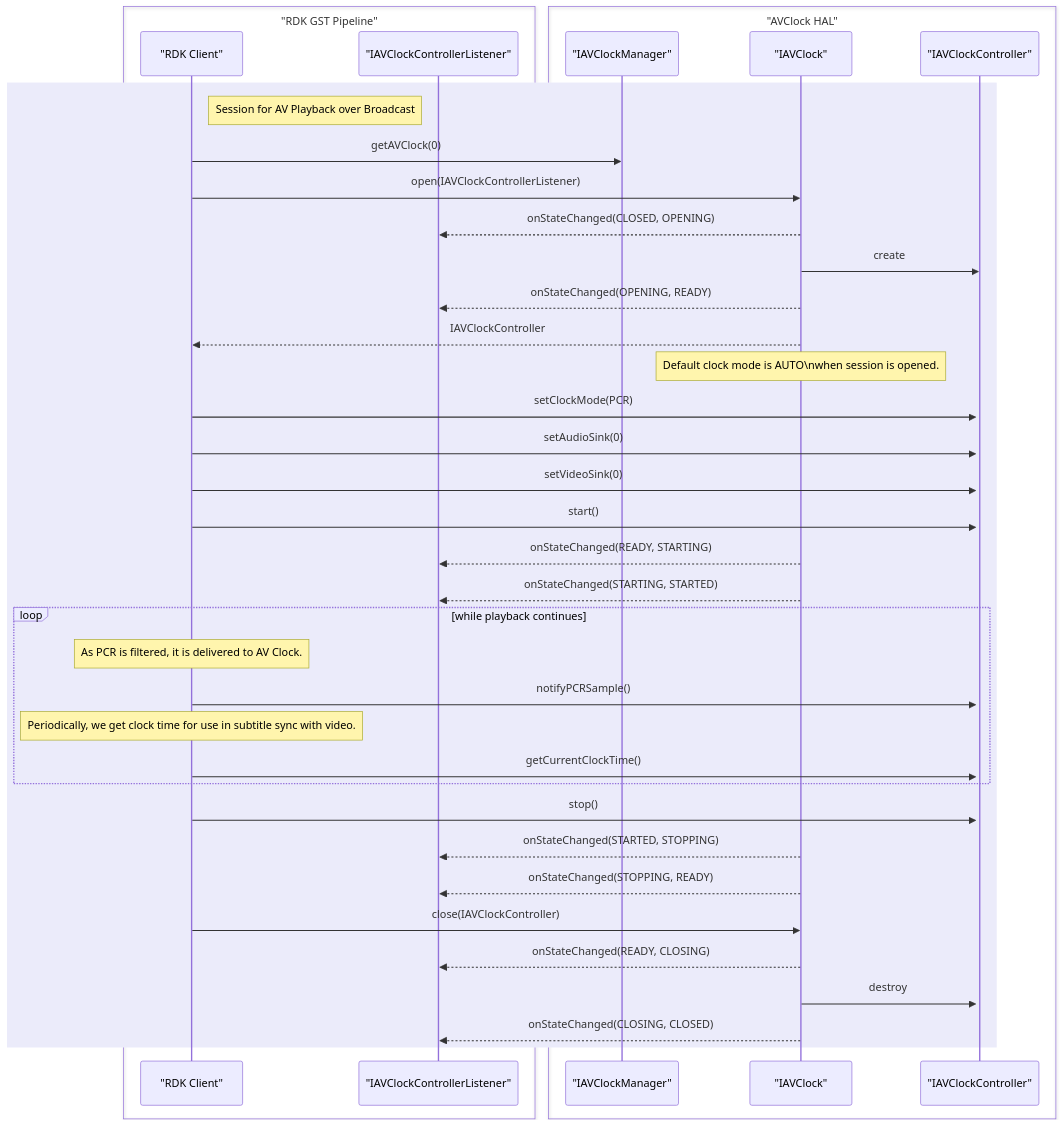
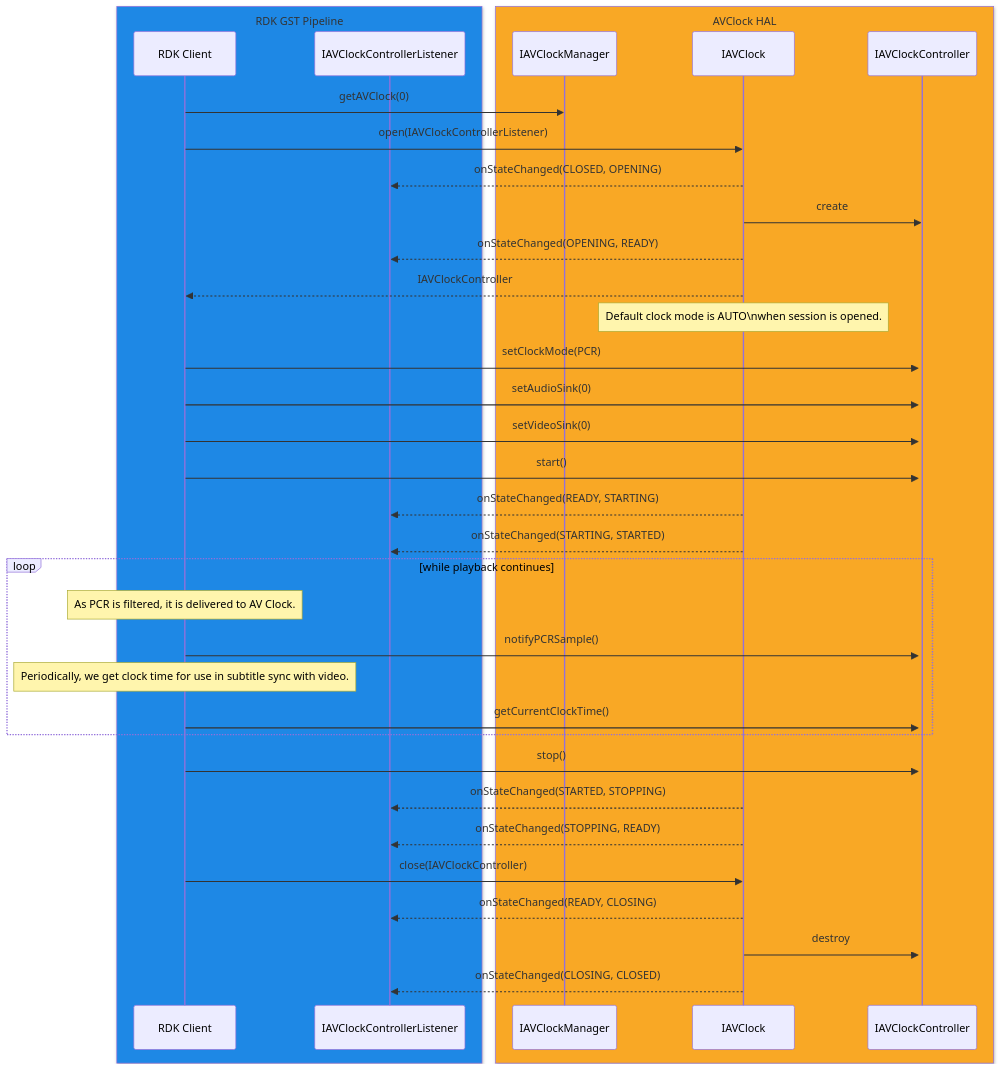
Before and after one commit to rdkcentral/rdk-halif-aidl: the sixth of 8 diagrams in docs/halif/av_clock/current/av_clock.md, drawn with Mermaid. The commit also changed other lines of this file and 27 other files, not shown here.

Commit message:
updated #19 audio, video, service manager, av, clock

````diff
--- a/docs/halif/av_clock/current/av_clock.md
+++ b/docs/halif/av_clock/current/av_clock.md
@@ -345,43 +453,40 @@
 ```mermaid
 sequenceDiagram
-    box "RDK GST Pipeline"
-      participant Client as "RDK Client"
-      participant Listener as "IAVClockControllerListener"
+    box rgb(30,136,229) RDK GST Pipeline
+      participant Client as RDK Client
+      participant Listener as IAVClockControllerListener
     end
-    box "AVClock HAL" #lightgreen
-      participant CLKMAN as "IAVClockManager"
-      participant CLK as "IAVClock"
-      participant CTRL as "IAVClockController"
+    box rgb(249,168,37) AVClock HAL
+      participant CLKMAN as IAVClockManager
+      participant CLK as IAVClock
+      participant CTRL as IAVClockController
     end
 
-    rect rgb(235, 235, 250)
-    note right of Client: Session for AV Playback over Broadcast
-      Client->>CLKMAN: getAVClock(0)
-      Client->>CLK: open(IAVClockControllerListener)
-      CLK-->>Listener: onStateChanged(CLOSED, OPENING)
-      CLK->>CTRL: create
-      activate CTRL
-      CLK-->>Listener: onStateChanged(OPENING, READY)
-      CLK-->>Client: IAVClockController
-      note over CLK: Default clock mode is AUTO\nwhen session is opened.
-      Client->>CTRL: setClockMode(PCR)
-      Client->>CTRL: setAudioSink(0)
-      Client->>CTRL: setVideoSink(0)
-      Client->>CTRL: start()
-      CLK-->>Listener: onStateChanged(READY, STARTING)
-      CLK-->>Listener: onStateChanged(STARTING, STARTED)
-      loop while playback continues
-        note over Client: As PCR is filtered, it is delivered to AV Clock.
-        Client->>CTRL: notifyPCRSample()
-        note over Client: Periodically, we get clock time for use in subtitle sync with video.
-        Client->>CTRL: getCurrentClockTime()
-      end
-      Client->>CTRL: stop()
-      CLK-->>Listener: onStateChanged(STARTED, STOPPING)
-      CLK-->>Listener: onStateChanged(STOPPING, READY)
-      Client->>CLK: close(IAVClockController)
-      CLK-->>Listener: onStateChanged(READY, CLOSING)
-      CLK->>CTRL: destroy
-      CLK-->>Listener: onStateChanged(CLOSING, CLOSED)
+    Client->>CLKMAN: getAVClock(0)
+    Client->>CLK: open(IAVClockControllerListener)
+    CLK-->>Listener: onStateChanged(CLOSED, OPENING)
+    CLK->>CTRL: create
+    activate CTRL
+    CLK-->>Listener: onStateChanged(OPENING, READY)
+    CLK-->>Client: IAVClockController
+    note over CLK: Default clock mode is AUTO\nwhen session is opened.
+    Client->>CTRL: setClockMode(PCR)
+    Client->>CTRL: setAudioSink(0)
+    Client->>CTRL: setVideoSink(0)
+    Client->>CTRL: start()
+    CLK-->>Listener: onStateChanged(READY, STARTING)
+    CLK-->>Listener: onStateChanged(STARTING, STARTED)
+    loop while playback continues
+      note over Client: As PCR is filtered, it is delivered to AV Clock.
+      Client->>CTRL: notifyPCRSample()
+      note over Client: Periodically, we get clock time for use in subtitle sync with video.
+      Client->>CTRL: getCurrentClockTime()
     end
+    Client->>CTRL: stop()
+    CLK-->>Listener: onStateChanged(STARTED, STOPPING)
+    CLK-->>Listener: onStateChanged(STOPPING, READY)
+    Client->>CLK: close(IAVClockController)
+    CLK-->>Listener: onStateChanged(READY, CLOSING)
+    CLK->>CTRL: destroy
+    CLK-->>Listener: onStateChanged(CLOSING, CLOSED)
 ```
````
